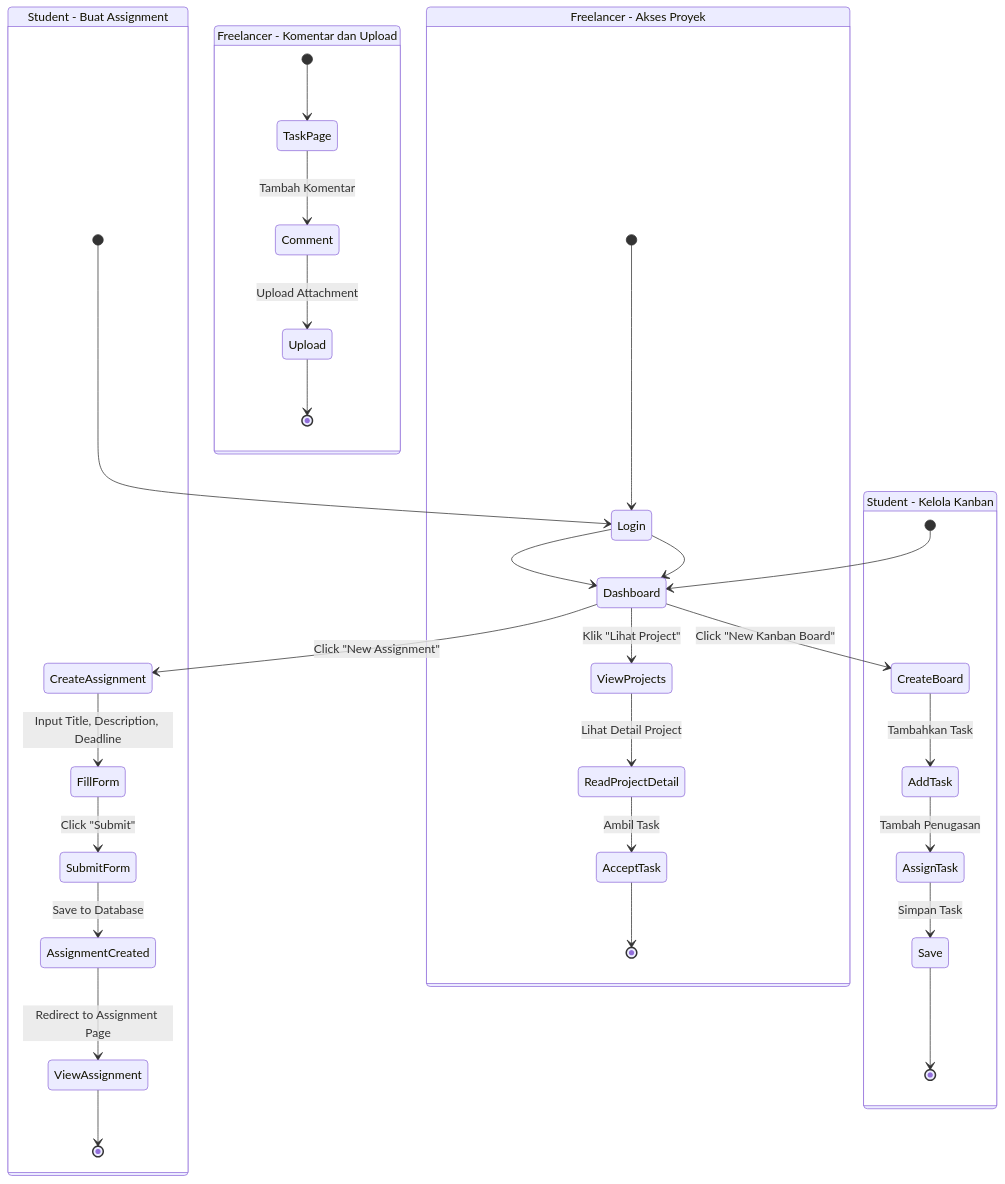
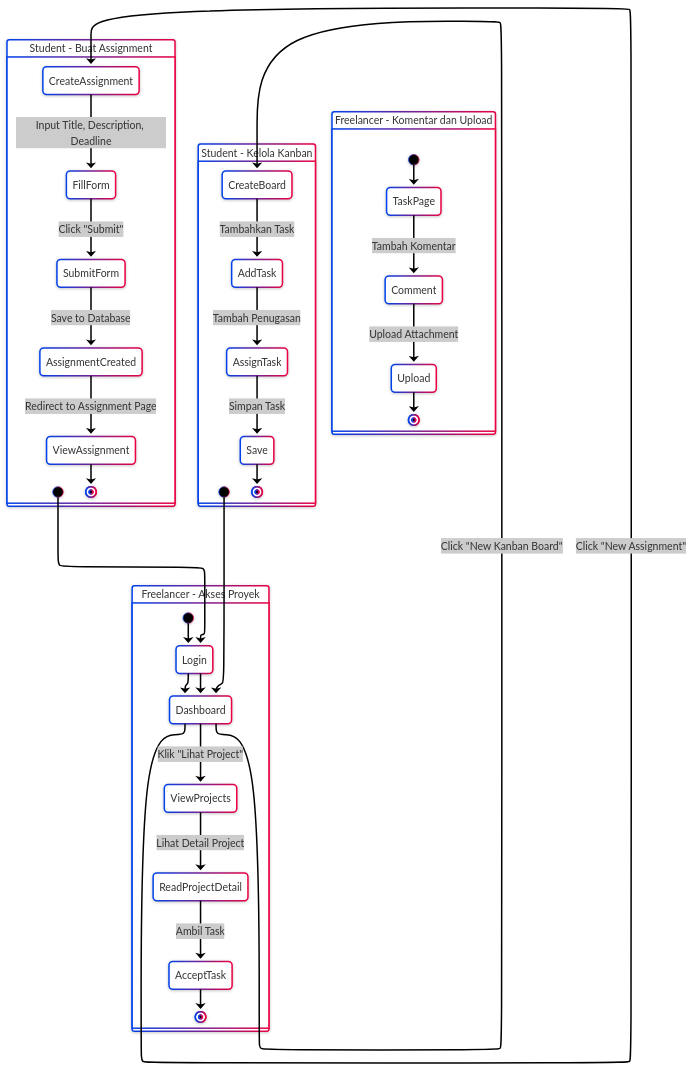
The diagram in activity-diagram.md (aarlazuardi/fix-sisfor-desain-sistem), drawn with Mermaid before and after one commit. The commit also changed 1 other file, not shown here.

Commit message:
update layout diagram

````diff
--- a/activity-diagram.md
+++ b/activity-diagram.md
@@ -3,40 +3,46 @@
 ```mermaid
+---
+config:
+  layout: elk
+  look: neo
+  theme: neo
+---
 %% Activity Diagram: Alur Student dan Freelancer
 stateDiagram-v2
 
 state "Student - Buat Assignment" as StudentAssignment {
   [*] --> Login
   Login --> Dashboard
   Dashboard --> CreateAssignment : Click "New Assignment"
   CreateAssignment --> FillForm : Input Title, Description, Deadline
   FillForm --> SubmitForm : Click "Submit"
   SubmitForm --> AssignmentCreated : Save to Database
   AssignmentCreated --> ViewAssignment : Redirect to Assignment Page
   ViewAssignment --> [*]
 }
 
 state "Student - Kelola Kanban" as StudentKanban {
   [*] --> Dashboard
   Dashboard --> CreateBoard : Click "New Kanban Board"
   CreateBoard --> AddTask : Tambahkan Task
   AddTask --> AssignTask : Tambah Penugasan
   AssignTask --> Save : Simpan Task
   Save --> [*]
 }
 
 state "Freelancer - Akses Proyek" as FreelancerProject {
   [*] --> Login
   Login --> Dashboard
   Dashboard --> ViewProjects : Klik "Lihat Project"
   ViewProjects --> ReadProjectDetail : Lihat Detail Project
   ReadProjectDetail --> AcceptTask : Ambil Task
   AcceptTask --> [*]
 }
 
 state "Freelancer - Komentar dan Upload" as FreelancerTask {
   [*] --> TaskPage
   TaskPage --> Comment : Tambah Komentar
   Comment --> Upload : Upload Attachment
   Upload --> [*]
 }
 ```
````
